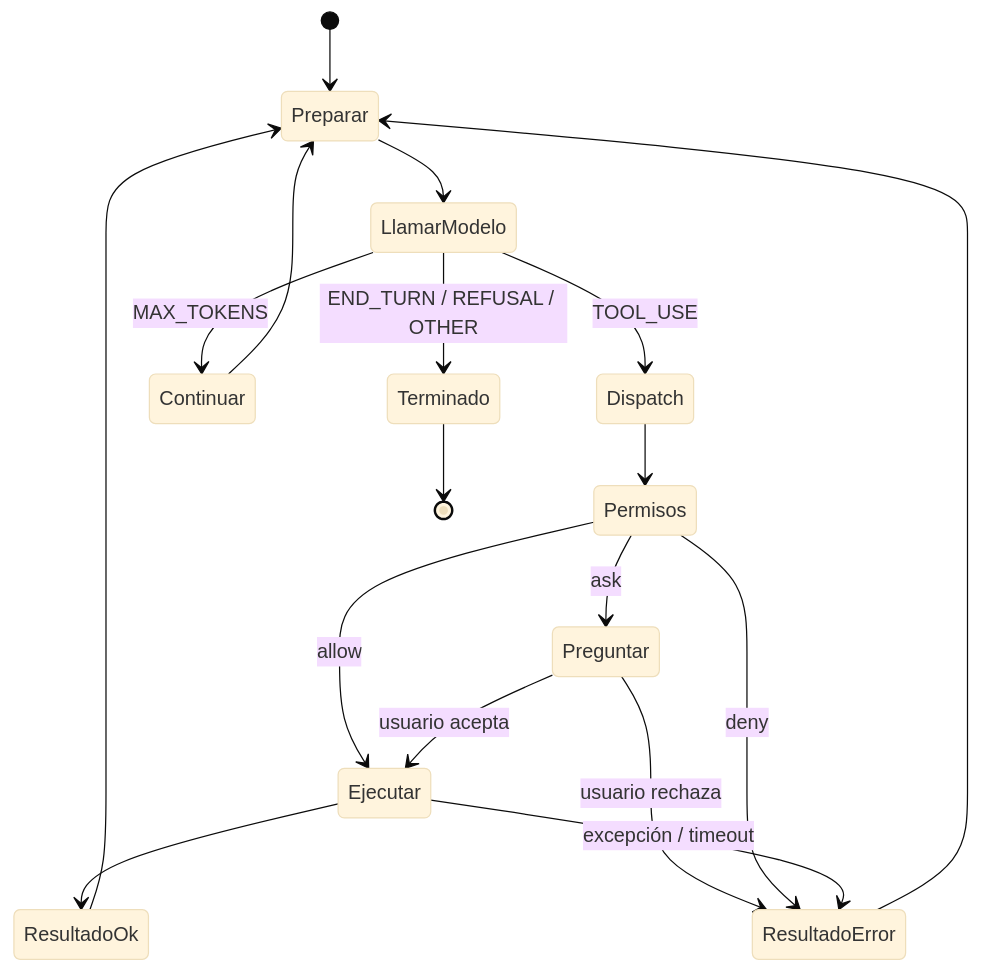
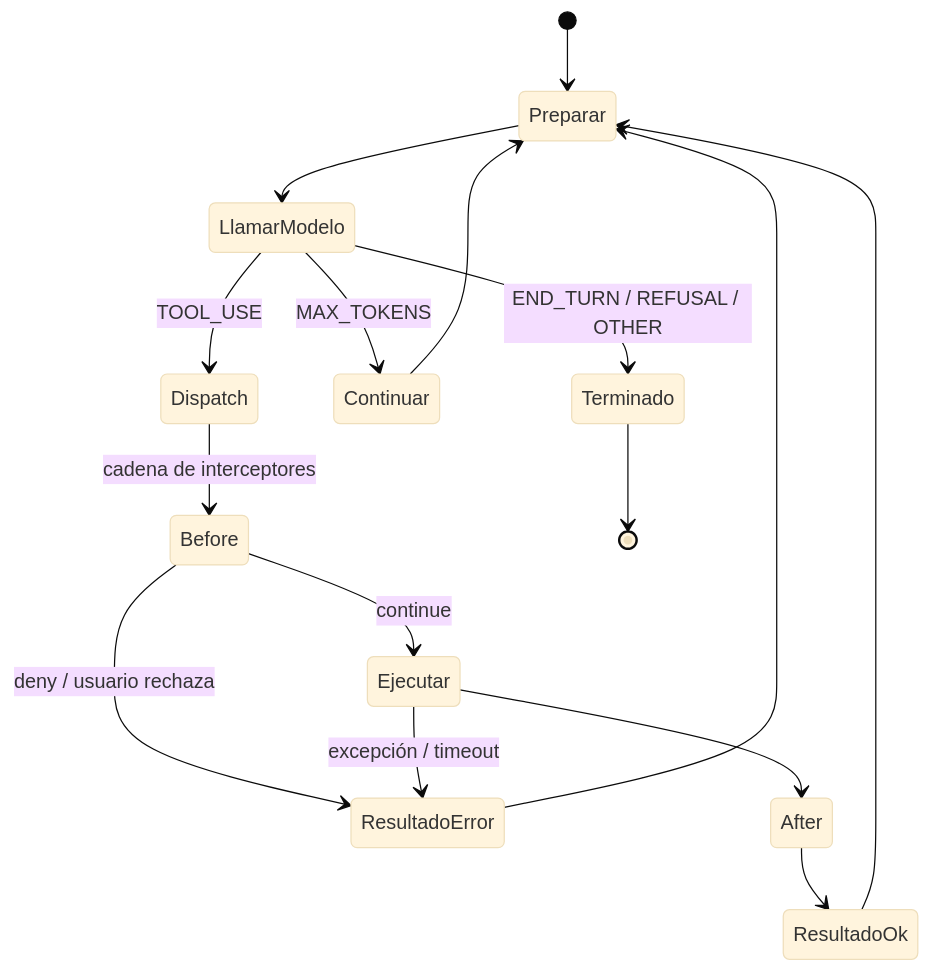
The diagram in docs/architecture/02-agent-loop.md (iburquijo/kotycli), drawn with Mermaid (base theme) before and after one commit. The commit also changed other lines of this file and 24 other files, not shown here.

First line of the commit message:
Reconcile architecture docs with the harness vision document

````diff
--- a/docs/architecture/02-agent-loop.md
+++ b/docs/architecture/02-agent-loop.md
@@ -89,20 +84,18 @@
 ```mermaid
 stateDiagram-v2
     [*] --> Preparar
     Preparar --> LlamarModelo
     LlamarModelo --> Terminado: END_TURN / REFUSAL / OTHER
     LlamarModelo --> Continuar: MAX_TOKENS
     Continuar --> Preparar
     LlamarModelo --> Dispatch: TOOL_USE
-    Dispatch --> Permisos
-    Permisos --> Ejecutar: allow
-    Permisos --> Preguntar: ask
-    Preguntar --> Ejecutar: usuario acepta
-    Preguntar --> ResultadoError: usuario rechaza
-    Permisos --> ResultadoError: deny
-    Ejecutar --> ResultadoOk
+    Dispatch --> Before: cadena de interceptores
+    Before --> Ejecutar: continue
+    Before --> ResultadoError: deny / usuario rechaza
+    Ejecutar --> After
+    After --> ResultadoOk
     Ejecutar --> ResultadoError: excepción / timeout
     ResultadoOk --> Preparar
     ResultadoError --> Preparar
     Terminado --> [*]
 ```
````
